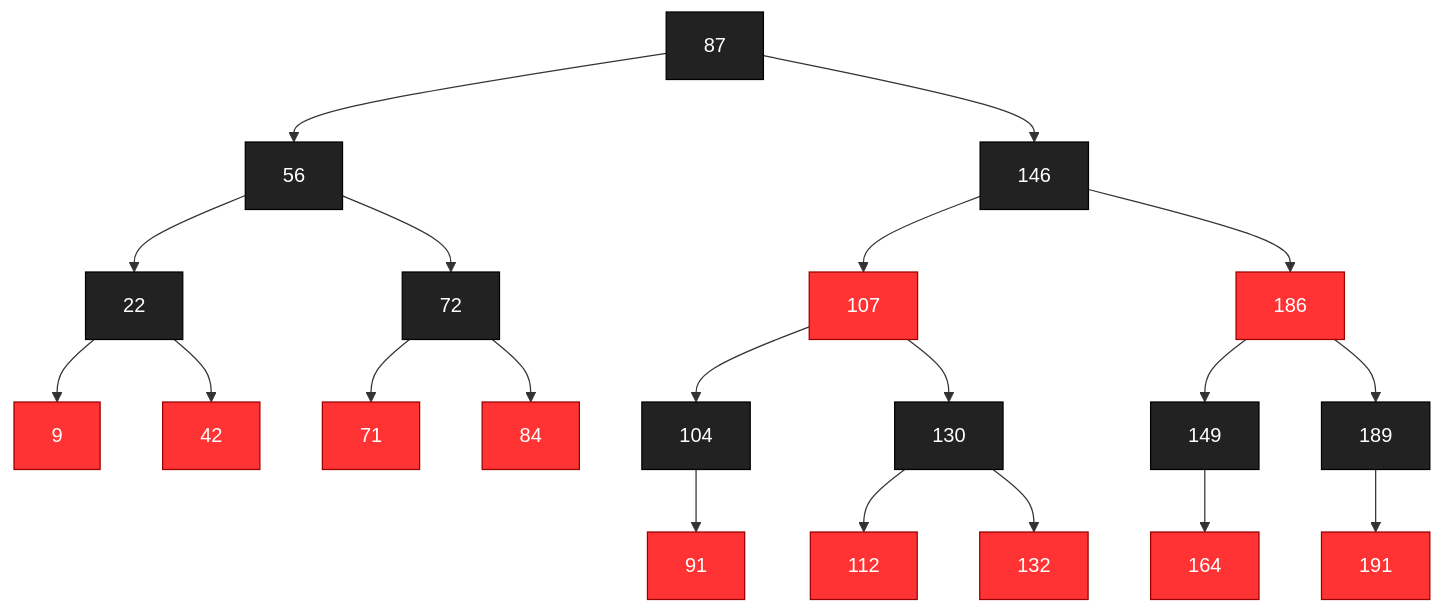
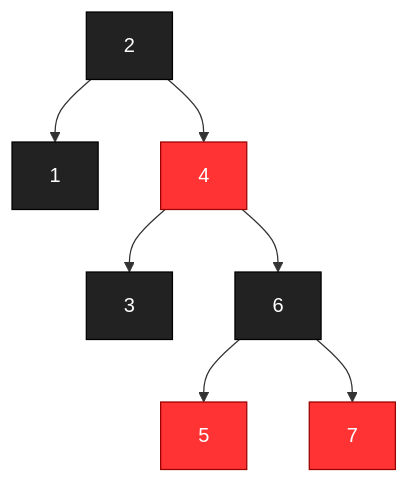
Before and after one commit to GuLicheng/Leviathan: the second of 6 diagrams in visual.md, drawn with Mermaid. The commit also changed other lines of this file and 7 other files, not shown here.

````diff
--- a/visual.md
+++ b/visual.md
@@ -1,44 +20,18 @@
 ```mermaid
 flowchart TD
 classDef red fill:#ff3333,stroke:#990000,color:#ffffff
 classDef black fill:#222222,stroke:#000000,color:#ffffff
-2699047686304["87"]:::black
-2699047686304 --> 2699047686720
-2699047686304 --> 2699047686096
-2699047686720["56"]:::black
-2699047686720 --> 2699047687552
-2699047686720 --> 2699047687032
-2699047687552["22"]:::black
-2699047687552 --> 2699047687344
-2699047687552 --> 2699047686616
-2699047687344["9"]:::red
-2699047686616["42"]:::red
-2699047687032["72"]:::black
-2699047687032 --> 2699047687240
-2699047687032 --> 2699047685992
-2699047687240["71"]:::red
-2699047685992["84"]:::red
-2699047686096["146"]:::black
-2699047686096 --> 2699047686512
-2699047686096 --> 2699047686408
-2699047686512["107"]:::red
-2699047686512 --> 2699047687448
-2699047686512 --> 2699047687656
-2699047687448["104"]:::black
-2699047687448 --> 2699047687760
-2699047687760["91"]:::red
-2699047687656["130"]:::black
-2699047687656 --> 2699047687864
-2699047687656 --> 2699047686928
-2699047687864["112"]:::red
-2699047686928["132"]:::red
-2699047686408["186"]:::red
-2699047686408 --> 2699047686824
-2699047686408 --> 2699047686200
-2699047686824["149"]:::black
-2699047686824 --> 2699047687136
-2699047687136["164"]:::red
-2699047686200["189"]:::black
-2699047686200 --> 2699047687968
-2699047687968["191"]:::red
+2734504735184["2"]:::black
+2734504735184 --> 2734504735048
+2734504735184 --> 2734504735456
+2734504735048["1"]:::black
+2734504735456["4"]:::red
+2734504735456 --> 2734504735320
+2734504735456 --> 2734504735728
+2734504735320["3"]:::black
+2734504735728["6"]:::black
+2734504735728 --> 2734504735592
+2734504735728 --> 2734504735864
+2734504735592["5"]:::red
+2734504735864["7"]:::red
 ```
````
